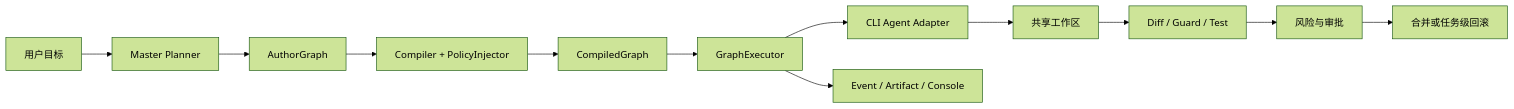
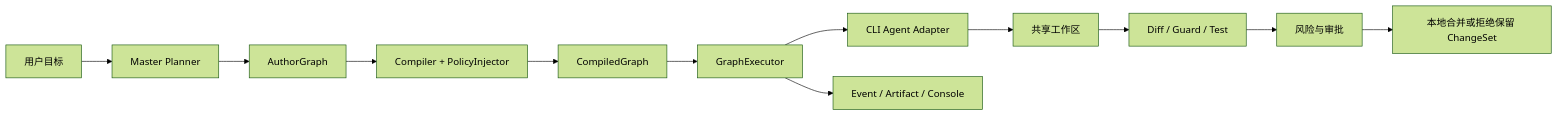
The diagram in README.md (xuanc1120-prog/agent-hub-graph), drawn with Mermaid (forest theme) before and after one commit. The commit also changed other lines of this file and 5 other files, not shown here.

````diff
--- a/README.md
+++ b/README.md
@@ -23,14 +23,14 @@
 ```mermaid
 flowchart LR
     U["用户目标"] --> P["Master Planner"]
     P --> A["AuthorGraph"]
     A --> C["Compiler + PolicyInjector"]
     C --> G["CompiledGraph"]
     G --> E["GraphExecutor"]
     E --> X["CLI Agent Adapter"]
     X --> W["共享工作区"]
     W --> Q["Diff / Guard / Test"]
     Q --> R["风险与审批"]
-    R --> M["合并或任务级回滚"]
+    R --> M["本地合并或拒绝保留 ChangeSet"]
     E --> O["Event / Artifact / Console"]
 ```
````
